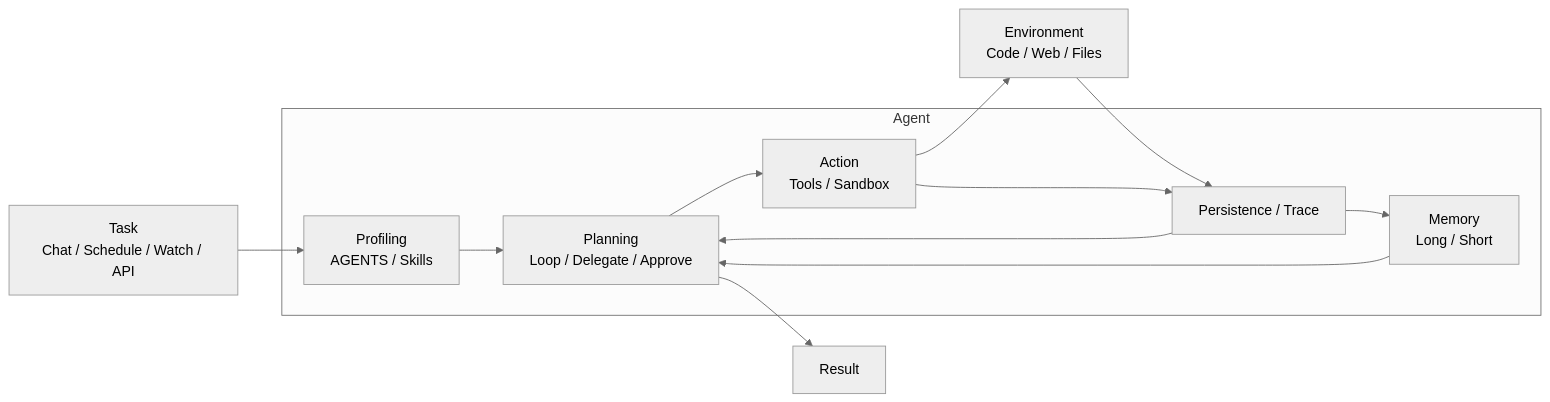
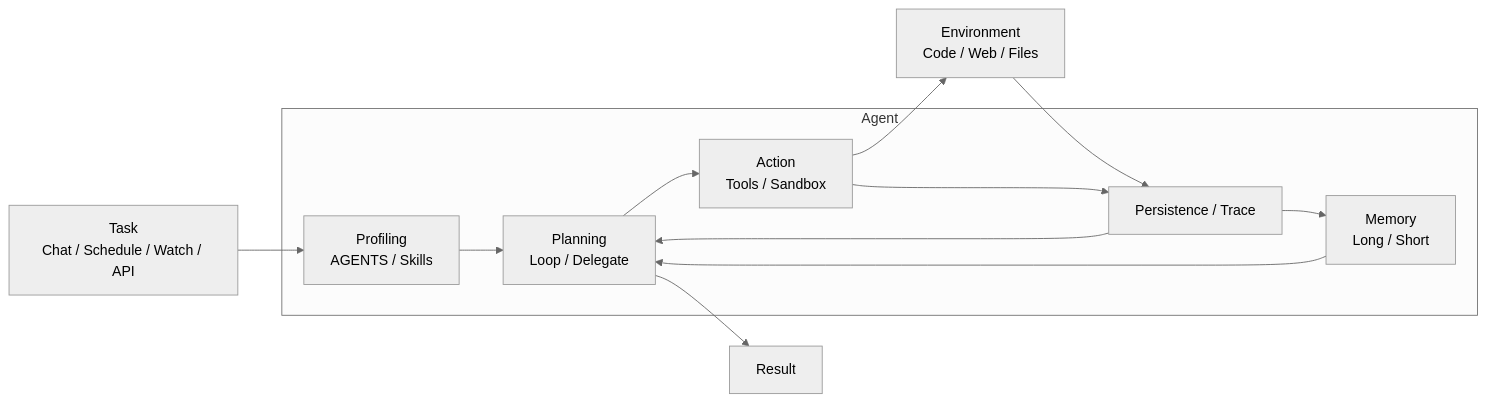
Before and after one commit to kmori6/commander: the diagram in README.md, drawn with Mermaid (neutral theme). The commit also changed other lines of this file and 3 other files, not shown here.

````diff
--- a/README.md
+++ b/README.md
@@ -98,26 +98,26 @@
 ```mermaid
 flowchart LR
     Task[Task<br/>Chat / Schedule / Watch / API]
 
     subgraph Agent[Agent]
         Profiling[Profiling<br/>AGENTS / Skills]
         Memory[Memory<br/>Long / Short]
-        Planning[Planning<br/>Loop / Delegate / Approve]
+        Planning[Planning<br/>Loop / Delegate]
         Action[Action<br/>Tools / Sandbox]
         Trace[Persistence / Trace]
     end
 
     Env[Environment<br/>Code / Web / Files]
     Result[Result]
 
     Task --> Profiling
     Profiling --> Planning
     Memory --> Planning
     Planning --> Action
     Action --> Env
     Env --> Trace
     Action --> Trace
     Trace --> Memory
     Trace --> Planning
     Planning --> Result
 ```
````
